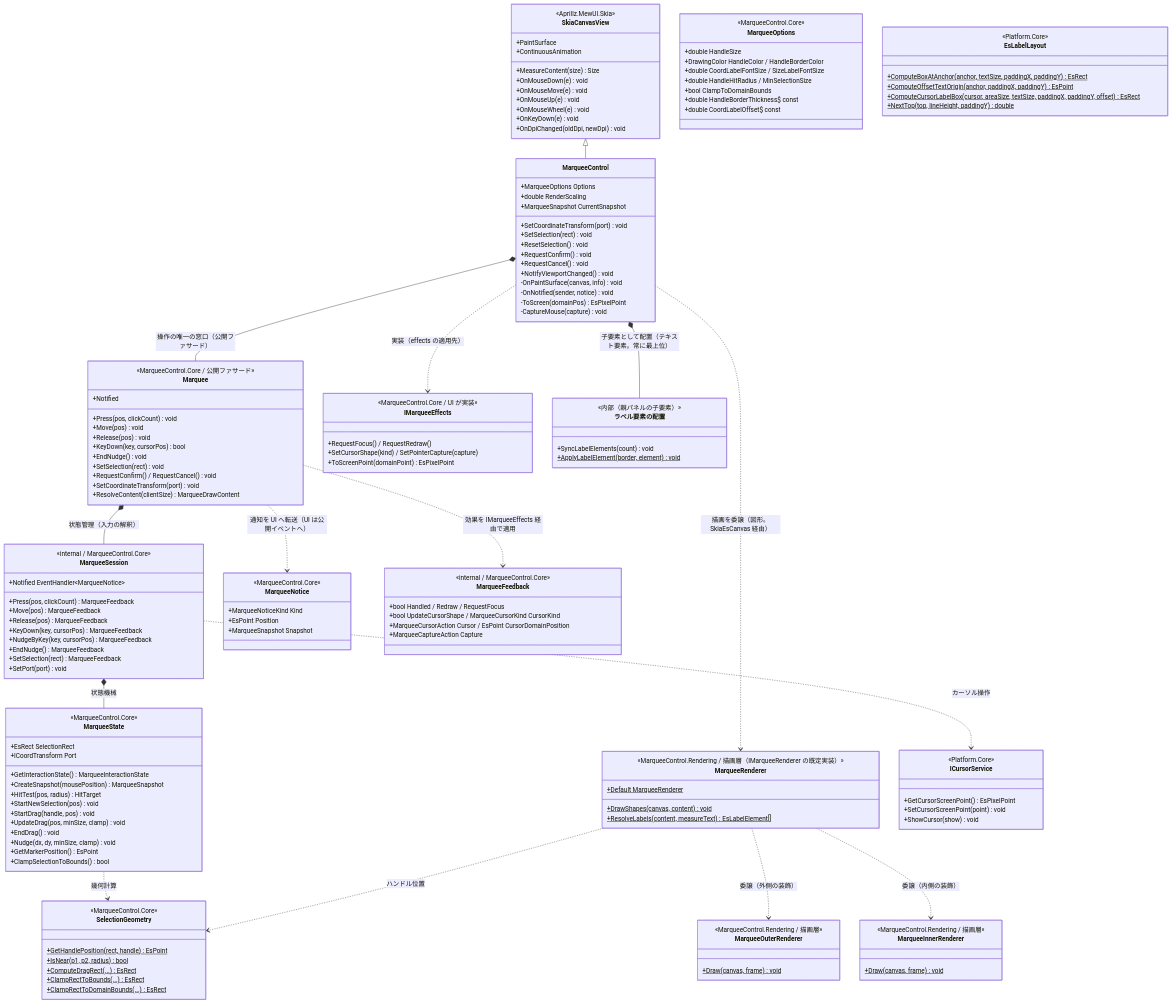
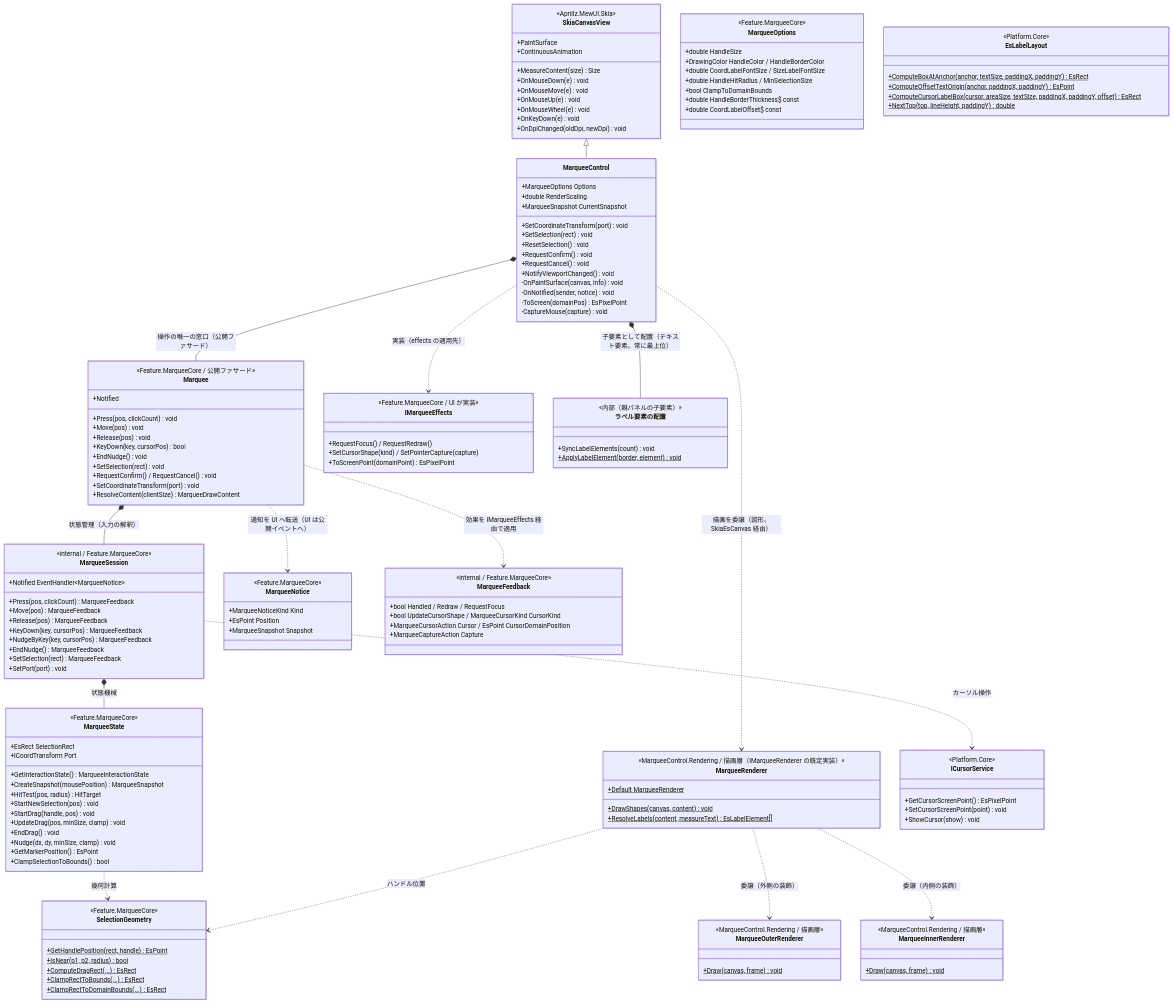
One commit to tomokuni/SaveEvidence changed the first of 4 diagrams in src/MarqueeControl.MewUI/SPEC_System.md. Above: the diagram before and after it, drawn with Mermaid. The commit also changed other lines of this file and 131 other files, not shown here.

First line of the commit message:
Core プロジェクトを Feature.MarqueeCore / Feature.LoupeCore へ改名

```diff
--- a/src/MarqueeControl.MewUI/SPEC_System.md
+++ b/src/MarqueeControl.MewUI/SPEC_System.md
@@ -118,7 +118,7 @@
         -CaptureMouse(capture) void
     }
     class Marquee {
-        <<MarqueeControl.Core / 公開ファサード>>
+        <<Feature.MarqueeCore / 公開ファサード>>
         +Press(pos, clickCount) void
         +Move(pos) void
         +Release(pos) void
@@ -131,13 +131,13 @@
         +Notified
     }
     class IMarqueeEffects {
-        <<MarqueeControl.Core / UI が実装>>
+        <<Feature.MarqueeCore / UI が実装>>
         +RequestFocus() / RequestRedraw()
         +SetCursorShape(kind) / SetPointerCapture(capture)
         +ToScreenPoint(domainPoint) EsPixelPoint
     }
     class MarqueeSession {
-        <<internal / MarqueeControl.Core>>
+        <<internal / Feature.MarqueeCore>>
         +Press(pos, clickCount) MarqueeFeedback
         +Move(pos) MarqueeFeedback
         +Release(pos) MarqueeFeedback
@@ -149,13 +149,13 @@
         +Notified EventHandler~MarqueeNotice~
     }
     class MarqueeNotice {
-        <<MarqueeControl.Core>>
+        <<Feature.MarqueeCore>>
         +MarqueeNoticeKind Kind
         +EsPoint Position
         +MarqueeSnapshot Snapshot
     }
     class MarqueeFeedback {
-        <<internal / MarqueeControl.Core>>
+        <<internal / Feature.MarqueeCore>>
         +bool Handled / Redraw / RequestFocus
         +bool UpdateCursorShape / MarqueeCursorKind CursorKind
         +MarqueeCursorAction Cursor / EsPoint CursorDomainPosition
@@ -181,7 +181,7 @@
         +Draw(canvas, frame)$ void
       }
       class MarqueeOptions {
-          <<MarqueeControl.Core>>
+          <<Feature.MarqueeCore>>
           +double HandleSize
           +DrawingColor HandleColor / HandleBorderColor
           +double CoordLabelFontSize / SizeLabelFontSize
@@ -198,7 +198,7 @@
         +NextTop(top, lineHeight, paddingY)$ double
     }
     class MarqueeState {
-        <<MarqueeControl.Core>>
+        <<Feature.MarqueeCore>>
         +EsRect SelectionRect
         +ICoordTransform Port
         +GetInteractionState() MarqueeInteractionState
@@ -213,7 +213,7 @@
         +ClampSelectionToBounds() bool
     }
     class SelectionGeometry {
-        <<MarqueeControl.Core>>
+        <<Feature.MarqueeCore>>
         +GetHandlePosition(rect, handle)$ EsPoint
         +IsNear(p1, p2, radius)$ bool
         +ComputeDragRect(...)$ EsRect
```
